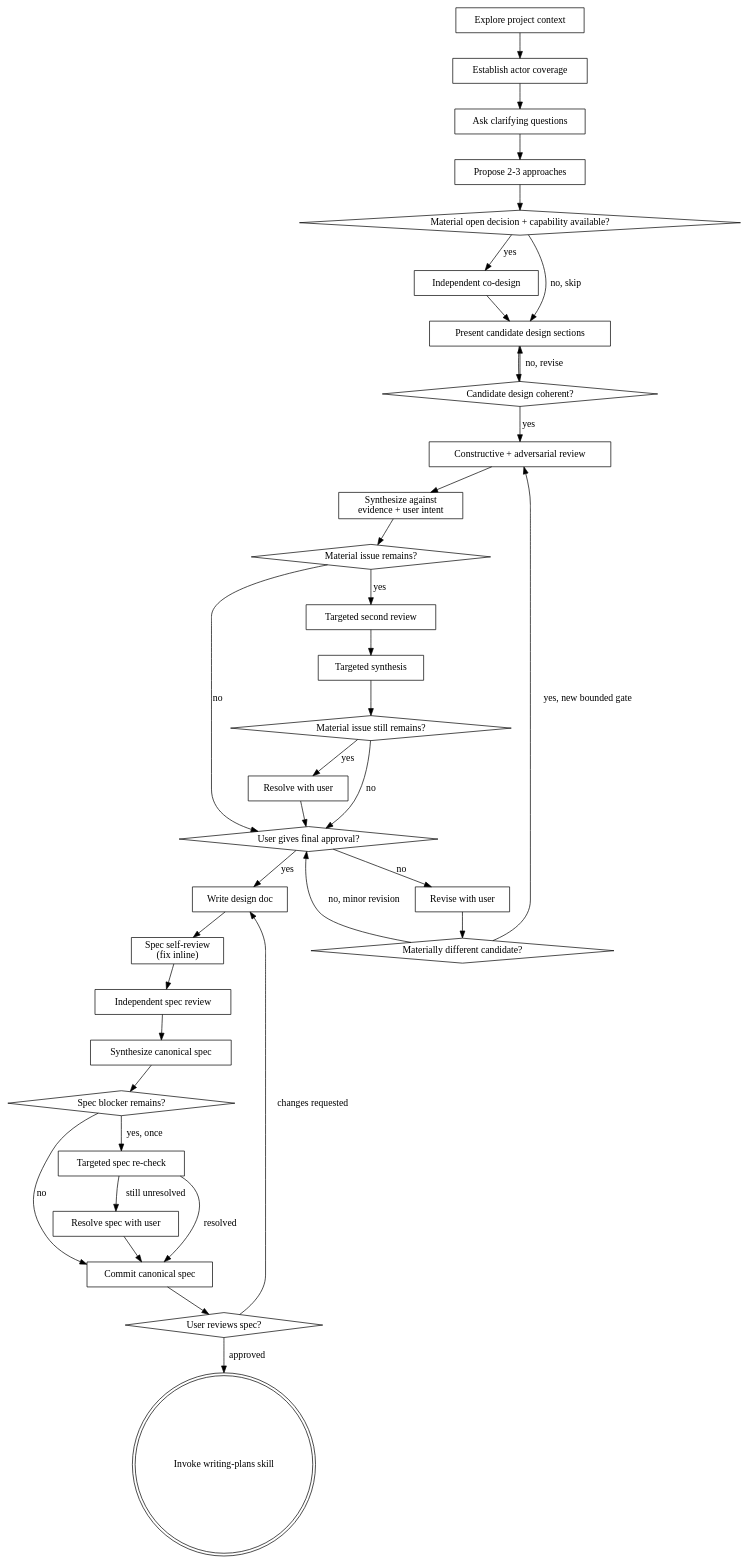
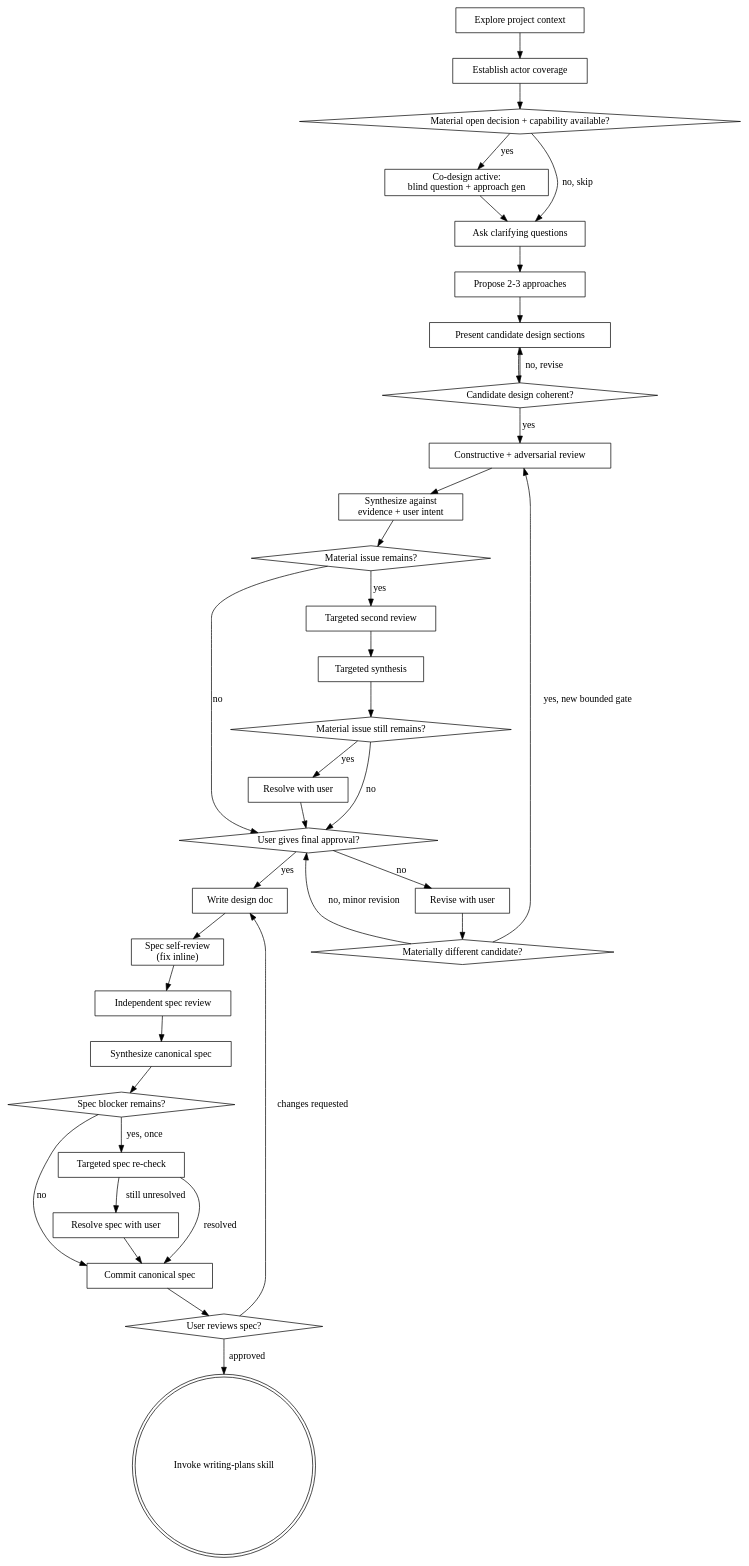
Before and after one commit to stratusdesign/sd-superpowers: the diagram in skills/brainstorming/SKILL.md, drawn with Graphviz. The commit also changed other lines of this file and 5 other files, not shown here.

````diff
--- a/skills/brainstorming/SKILL.md
+++ b/skills/brainstorming/SKILL.md
@@ -40,69 +40,69 @@
 ```dot
 digraph brainstorming {
     "Explore project context" [shape=box];
     "Establish actor coverage" [shape=box];
+    "Material open decision + capability available?" [shape=diamond];
+    "Co-design active:\nblind question + approach gen" [shape=box];
     "Ask clarifying questions" [shape=box];
     "Propose 2-3 approaches" [shape=box];
-    "Material open decision + capability available?" [shape=diamond];
-    "Independent co-design" [shape=box];
     "Present candidate design sections" [shape=box];
     "Candidate design coherent?" [shape=diamond];
     "Constructive + adversarial review" [shape=box];
     "Synthesize against\nevidence + user intent" [shape=box];
     "Material issue remains?" [shape=diamond];
     "Targeted second review" [shape=box];
     "Targeted synthesis" [shape=box];
     "Material issue still remains?" [shape=diamond];
     "Resolve with user" [shape=box];
     "User gives final approval?" [shape=diamond];
     "Revise with user" [shape=box];
     "Materially different candidate?" [shape=diamond];
     "Write design doc" [shape=box];
     "Spec self-review\n(fix inline)" [shape=box];
     "Independent spec review" [shape=box];
     "Synthesize canonical spec" [shape=box];
     "Spec blocker remains?" [shape=diamond];
     "Targeted spec re-check" [shape=box];
     "Resolve spec with user" [shape=box];
     "Commit canonical spec" [shape=box];
     "User reviews spec?" [shape=diamond];
     "Invoke writing-plans skill" [shape=doublecircle];
 
     "Explore project context" -> "Establish actor coverage";
-    "Establish actor coverage" -> "Ask clarifying questions";
+    "Establish actor coverage" -> "Material open decision + capability available?";
+    "Material open decision + capability available?" -> "Co-design active:\nblind question + approach gen" [label="yes"];
+    "Material open decision + capability available?" -> "Ask clarifying questions" [label="no, skip"];
+    "Co-design active:\nblind question + approach gen" -> "Ask clarifying questions";
     "Ask clarifying questions" -> "Propose 2-3 approaches";
-    "Propose 2-3 approaches" -> "Material open decision + capability available?";
-    "Material open decision + capability available?" -> "Independent co-design" [label="yes"];
-    "Material open decision + capability available?" -> "Present candidate design sections" [label="no, skip"];
-    "Independent co-design" -> "Present candidate design sections";
+    "Propose 2-3 approaches" -> "Present candidate design sections";
     "Present candidate design sections" -> "Candidate design coherent?";
     "Candidate design coherent?" -> "Present candidate design sections" [label="no, revise"];
     "Candidate design coherent?" -> "Constructive + adversarial review" [label="yes"];
     "Constructive + adversarial review" -> "Synthesize against\nevidence + user intent";
     "Synthesize against\nevidence + user intent" -> "Material issue remains?";
     "Material issue remains?" -> "Targeted second review" [label="yes"];
     "Targeted second review" -> "Targeted synthesis";
     "Targeted synthesis" -> "Material issue still remains?";
     "Material issue still remains?" -> "Resolve with user" [label="yes"];
     "Resolve with user" -> "User gives final approval?";
     "Material issue still remains?" -> "User gives final approval?" [label="no"];
     "Material issue remains?" -> "User gives final approval?" [label="no"];
     "User gives final approval?" -> "Revise with user" [label="no"];
     "Revise with user" -> "Materially different candidate?";
     "Materially different candidate?" -> "Constructive + adversarial review" [label="yes, new bounded gate"];
     "Materially different candidate?" -> "User gives final approval?" [label="no, minor revision"];
     "User gives final approval?" -> "Write design doc" [label="yes"];
     "Write design doc" -> "Spec self-review\n(fix inline)";
     "Spec self-review\n(fix inline)" -> "Independent spec review";
     "Independent spec review" -> "Synthesize canonical spec";
     "Synthesize canonical spec" -> "Spec blocker remains?";
     "Spec blocker remains?" -> "Targeted spec re-check" [label="yes, once"];
     "Targeted spec re-check" -> "Resolve spec with user" [label="still unresolved"];
     "Targeted spec re-check" -> "Commit canonical spec" [label="resolved"];
     "Resolve spec with user" -> "Commit canonical spec";
     "Spec blocker remains?" -> "Commit canonical spec" [label="no"];
     "Commit canonical spec" -> "User reviews spec?";
     "User reviews spec?" -> "Write design doc" [label="changes requested"];
     "User reviews spec?" -> "Invoke writing-plans skill" [label="approved"];
 }
 ```
````
